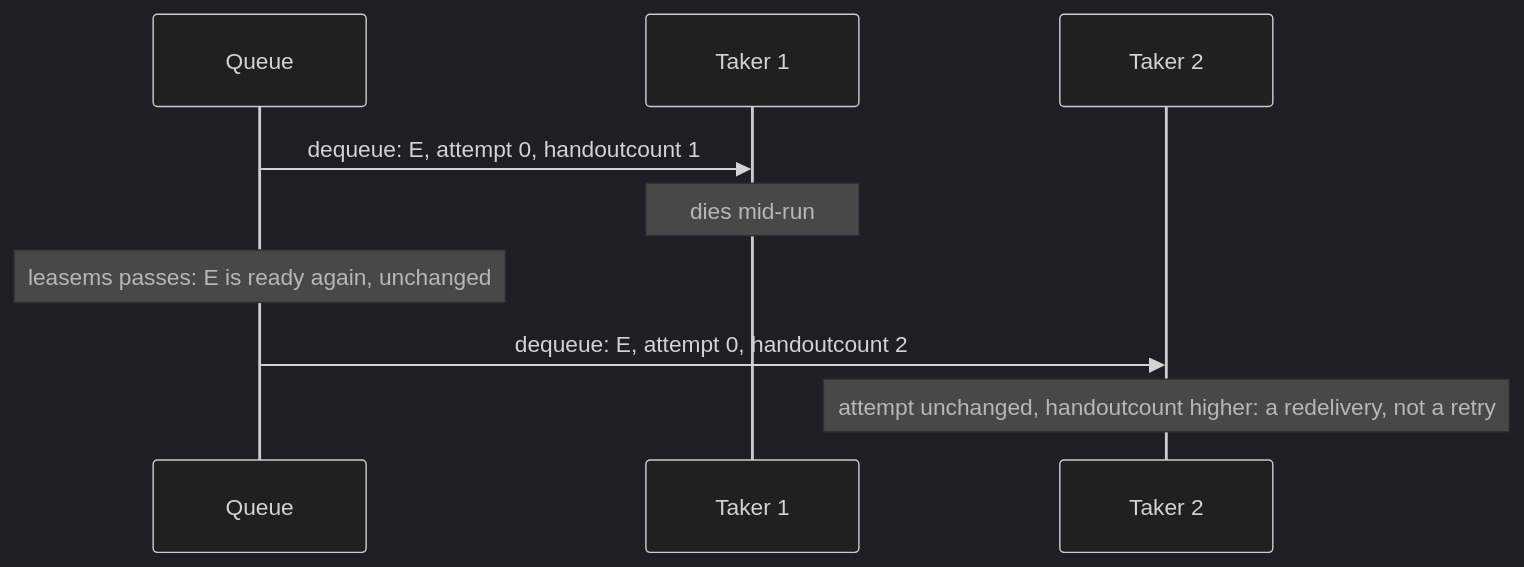
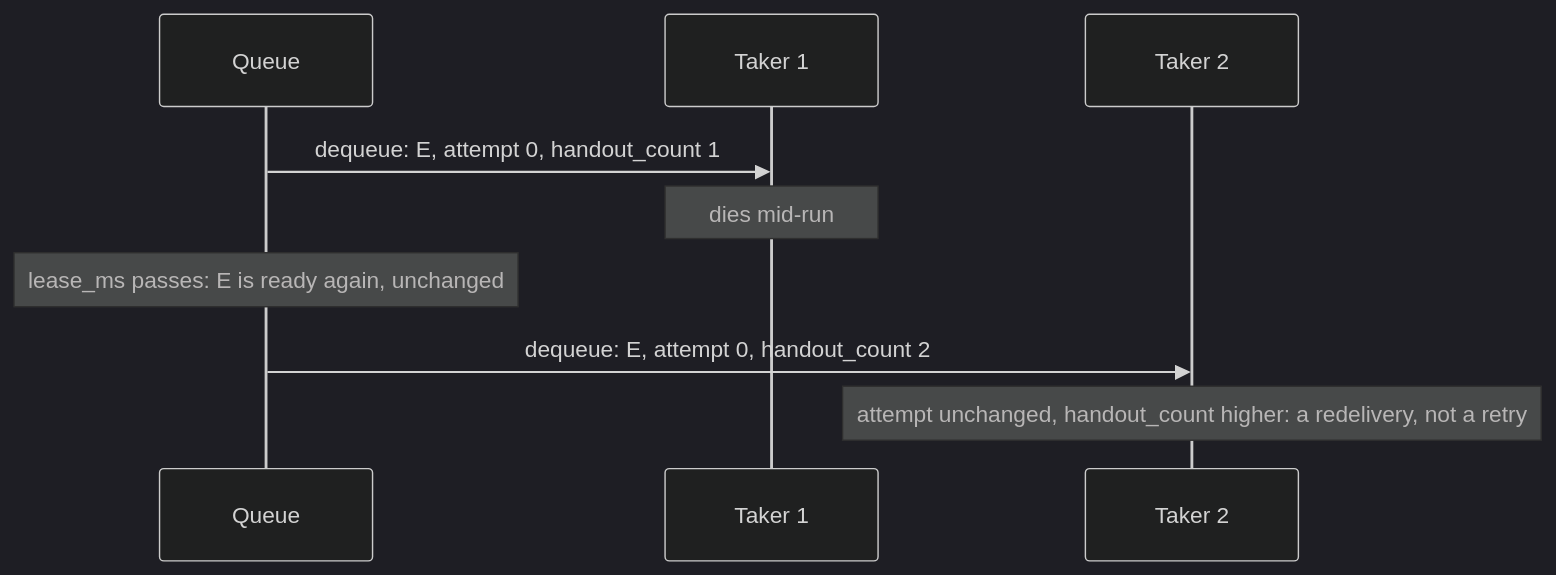
One commit to SaadAhmad123/arvo-core changed the third of 3 diagrams in docs/adr/021-queue.md. Above: the diagram before and after it, drawn with Mermaid (dark theme). The commit also changed other lines of this file, not shown here.

````diff
--- a/docs/adr/021-queue.md
+++ b/docs/adr/021-queue.md
@@ -205,11 +205,11 @@
 ```mermaid
 sequenceDiagram
     participant Q as Queue
     participant W1 as Taker 1
     participant W2 as Taker 2
-    Q->>W1: dequeue: E, attempt 0, handoutcount 1
+    Q->>W1: dequeue: E, attempt 0, handout_count 1
     Note over W1: dies mid-run
-    Note over Q: leasems passes: E is ready again, unchanged
-    Q->>W2: dequeue: E, attempt 0, handoutcount 2
-    Note over W2: attempt unchanged, handoutcount higher: a redelivery, not a retry
+    Note over Q: lease_ms passes: E is ready again, unchanged
+    Q->>W2: dequeue: E, attempt 0, handout_count 2
+    Note over W2: attempt unchanged, handout_count higher: a redelivery, not a retry
 ```
````
